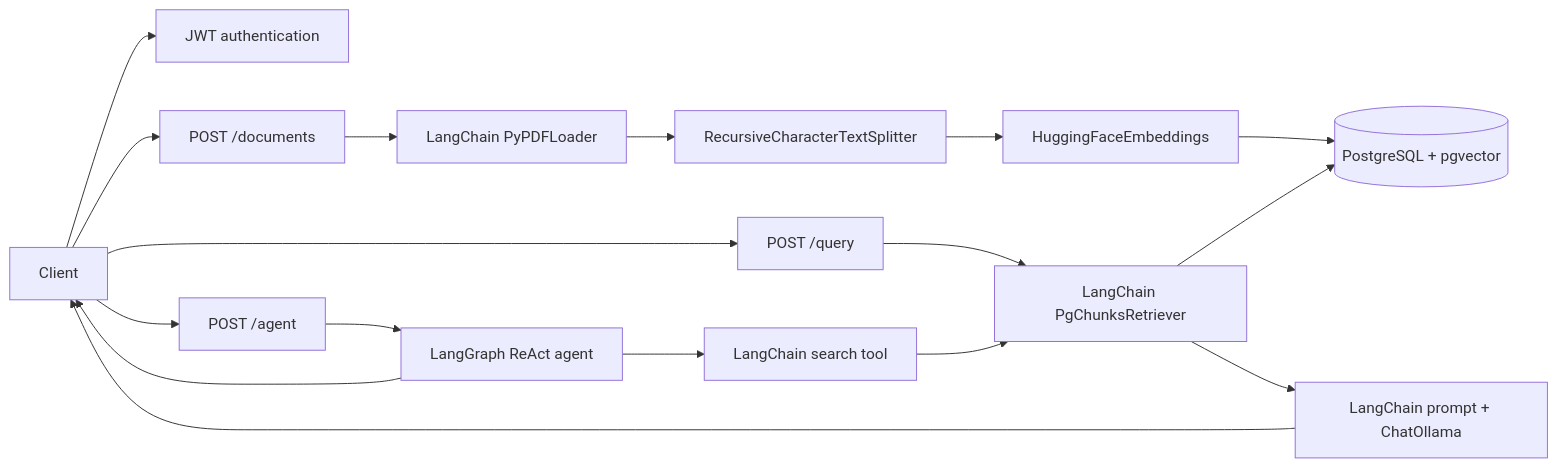
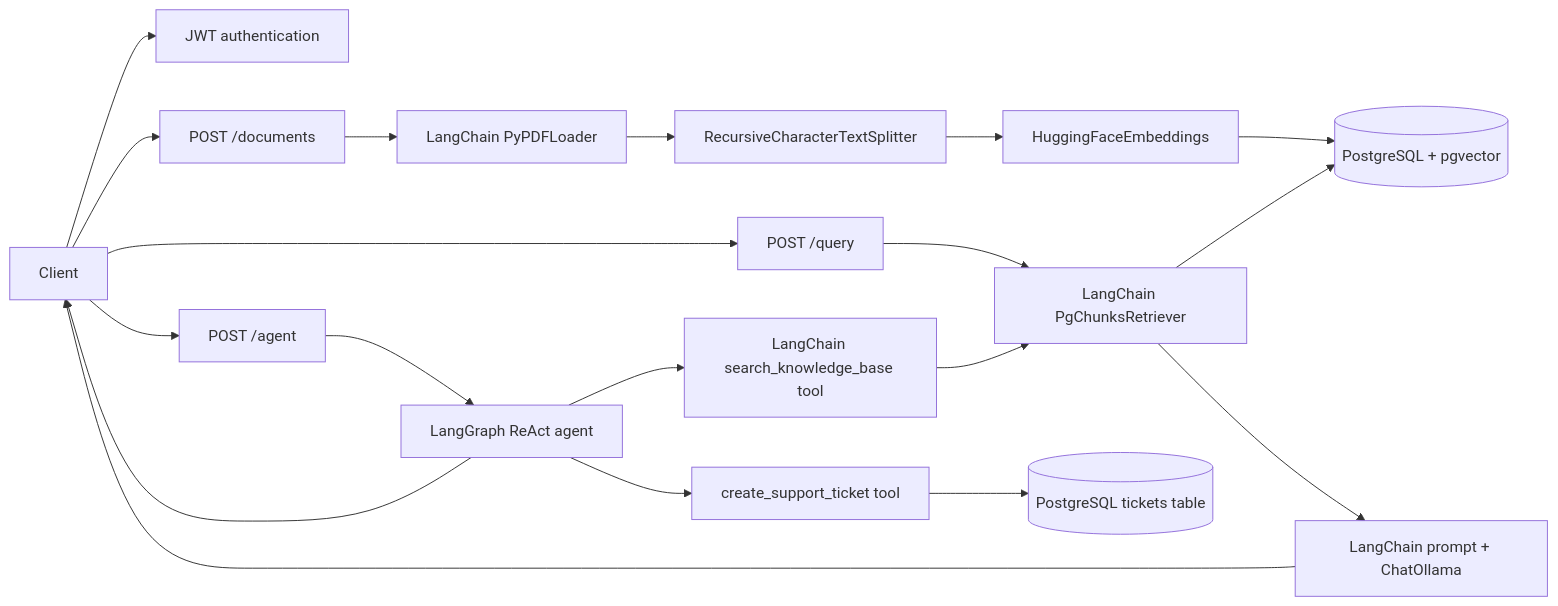
The diagram in docs/architecture.md (shiv-pratap04/ai-knowledge-agent-platform), drawn with Mermaid before and after one commit. The commit also changed other lines of this file and 21 other files, not shown here.

Commit message:
Add support ticket workflow

````diff
--- a/docs/architecture.md
+++ b/docs/architecture.md
@@ -13,21 +12,23 @@
 ```mermaid
 flowchart LR
     Client --> Auth[JWT authentication]
     Client --> Upload[POST /documents]
     Upload --> Loader[LangChain PyPDFLoader]
     Loader --> Splitter[RecursiveCharacterTextSplitter]
     Splitter --> Embed[HuggingFaceEmbeddings]
     Embed --> Store[(PostgreSQL + pgvector)]
 
     Client --> Query[POST /query]
     Query --> Retriever[LangChain PgChunksRetriever]
     Retriever --> Store
     Retriever --> Chain[LangChain prompt + ChatOllama]
     Chain --> Client
 
     Client --> Agent[POST /agent]
     Agent --> Graph[LangGraph ReAct agent]
-    Graph --> Tool[LangChain search tool]
-    Tool --> Retriever
+    Graph --> Search[LangChain search_knowledge_base tool]
+    Search --> Retriever
+    Graph --> Ticket[create_support_ticket tool]
+    Ticket --> Tickets[(PostgreSQL tickets table)]
     Graph --> Client
 ```
````
